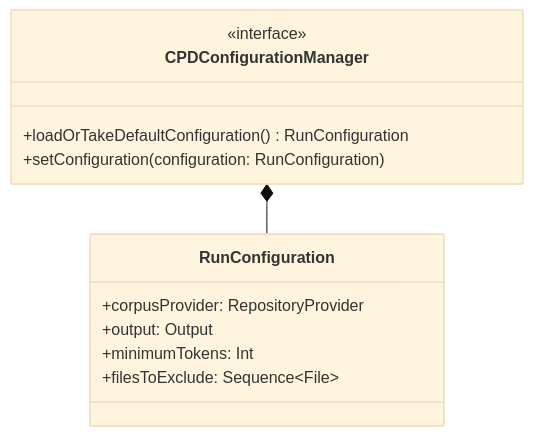
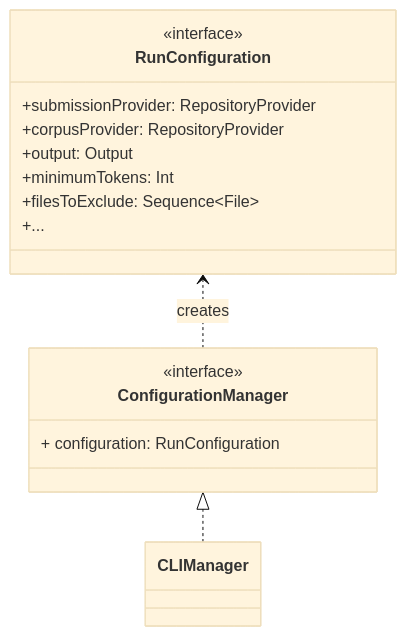
One commit to tassiLuca/code-plagiarism-detector-doc changed diagram 12 of 12 in doc.md. Above: the diagram before and after it, drawn with Mermaid (base theme). The commit also changed other lines of this file, not shown here.

````diff
--- a/doc.md
+++ b/doc.md
@@ -466,17 +503,24 @@
 ```mermaid 
 classDiagram
     direction BT
-    class CPDConfigurationManager {
+    class ConfigurationManager {
         <<interface>>
-        +loadOrTakeDefaultConfiguration() RunConfiguration
-        +setConfiguration(configuration: RunConfiguration)
+        + configuration: RunConfiguration
+    } 
+
+    class CLIManager {
+
     }
+    CLIManager ..|> ConfigurationManager
 
     class RunConfiguration {
+        <<interface>>
+        +submissionProvider: RepositoryProvider
         +corpusProvider: RepositoryProvider
         +output: Output
         +minimumTokens: Int
         +filesToExclude: Sequence~File~
+        +...
     }
-    RunConfiguration --* CPDConfigurationManager
+    ConfigurationManager ..> RunConfiguration : creates
 ```
````
